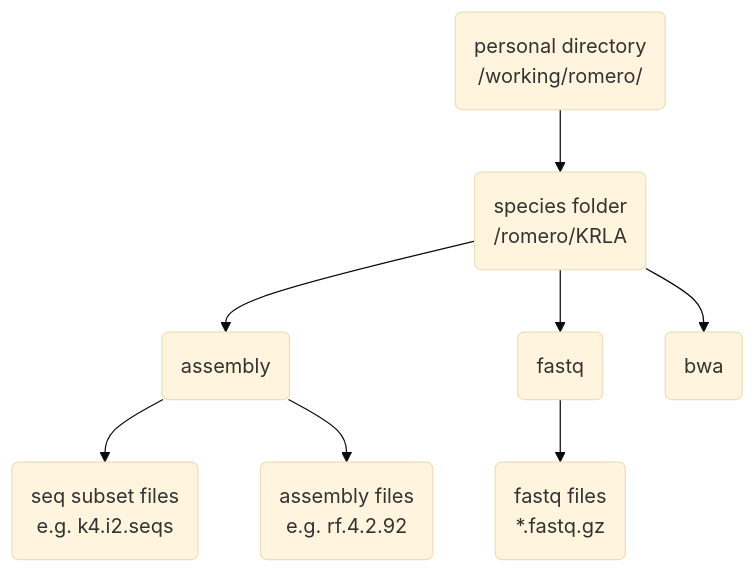
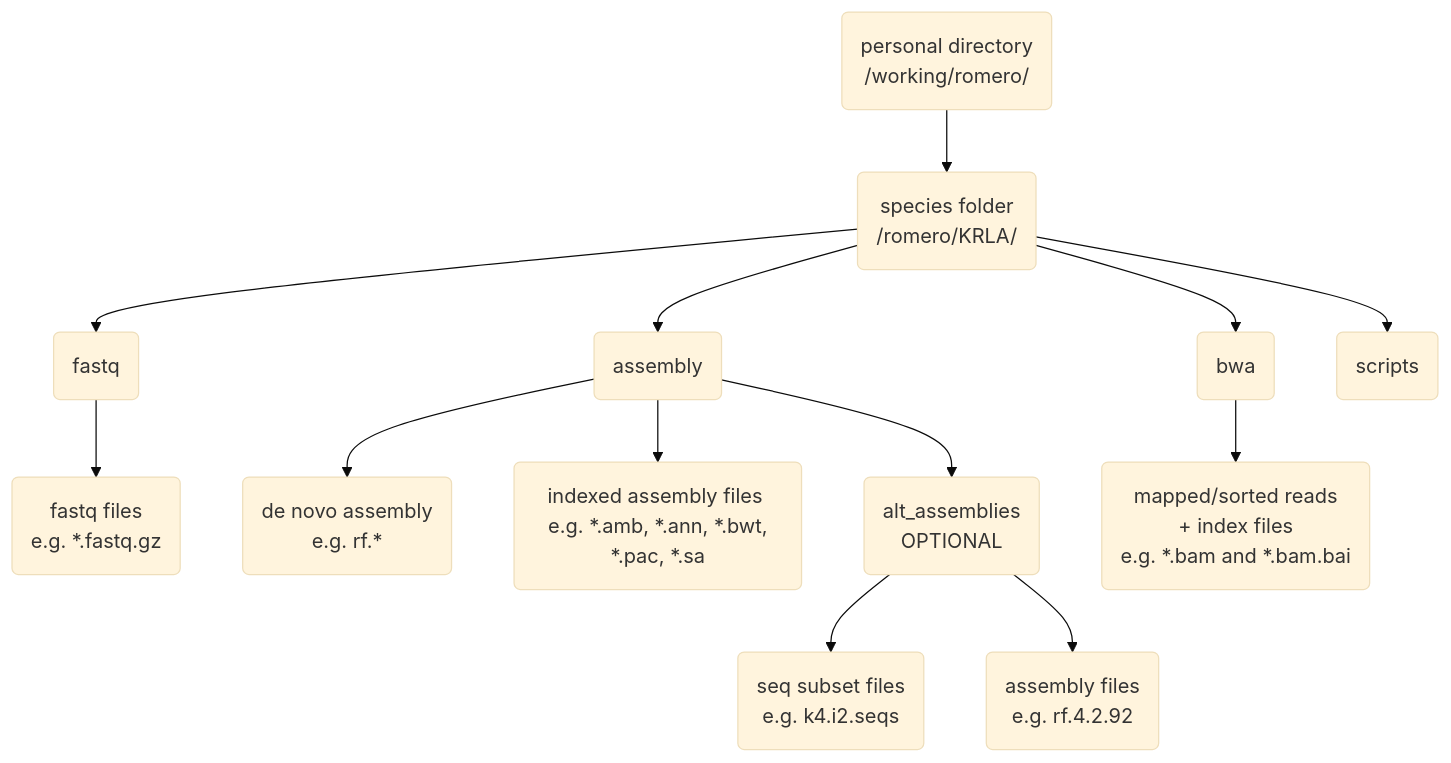
The diagram in KRLA_lab_meetings_workflow/README.md (tparchman/lab), drawn with Mermaid (base theme) before and after one commit. The commit also changed other lines of this file, not shown here.

````diff
--- a/KRLA_lab_meetings_workflow/README.md
+++ b/KRLA_lab_meetings_workflow/README.md
@@ -38,10 +38,15 @@
 ```mermaid
 flowchart TD;
-    A(personal directory <br> /working/romero/) --> B(species folder <br> /romero/KRLA)
+    A(personal directory <br> /working/romero/) --> B(species folder <br> /romero/KRLA/)
     B --> C(assembly)
-    B --> D(fastq)
-    B --> E(bwa)
-    D --> F(fastq files <br> *.fastq.gz)
-    C --> G(seq subset files <br> e.g. k4.i2.seqs)
-    C --> H(assembly files <br> e.g. rf.4.2.92) 
+    B --> D(bwa)
+    B --> E(fastq)
+    B --> F(scripts)
+    E --> G(fastq files <br> e.g. *.fastq.gz)
+    C --> H(de novo assembly <br> e.g. rf.*)
+    C --> I(indexed assembly files <br> e.g. *.amb, *.ann, *.bwt, *.pac, *.sa)
+    C --> J(alt_assemblies <br> OPTIONAL)
+    J --> K(seq subset files <br> e.g. k4.i2.seqs)
+    J --> L(assembly files <br> e.g. rf.4.2.92)
+    D --> M(mapped/sorted reads <br> + index files <br> e.g. *.bam and *.bam.bai)
 ```
````
